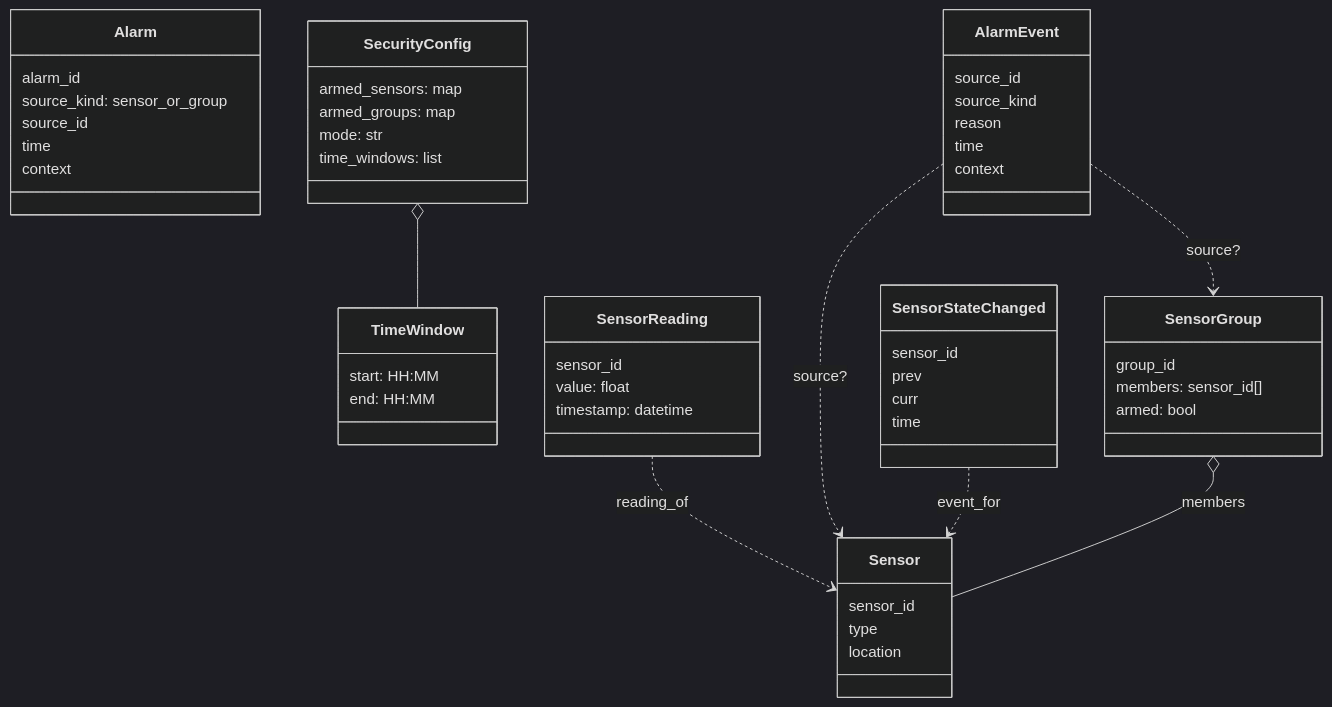
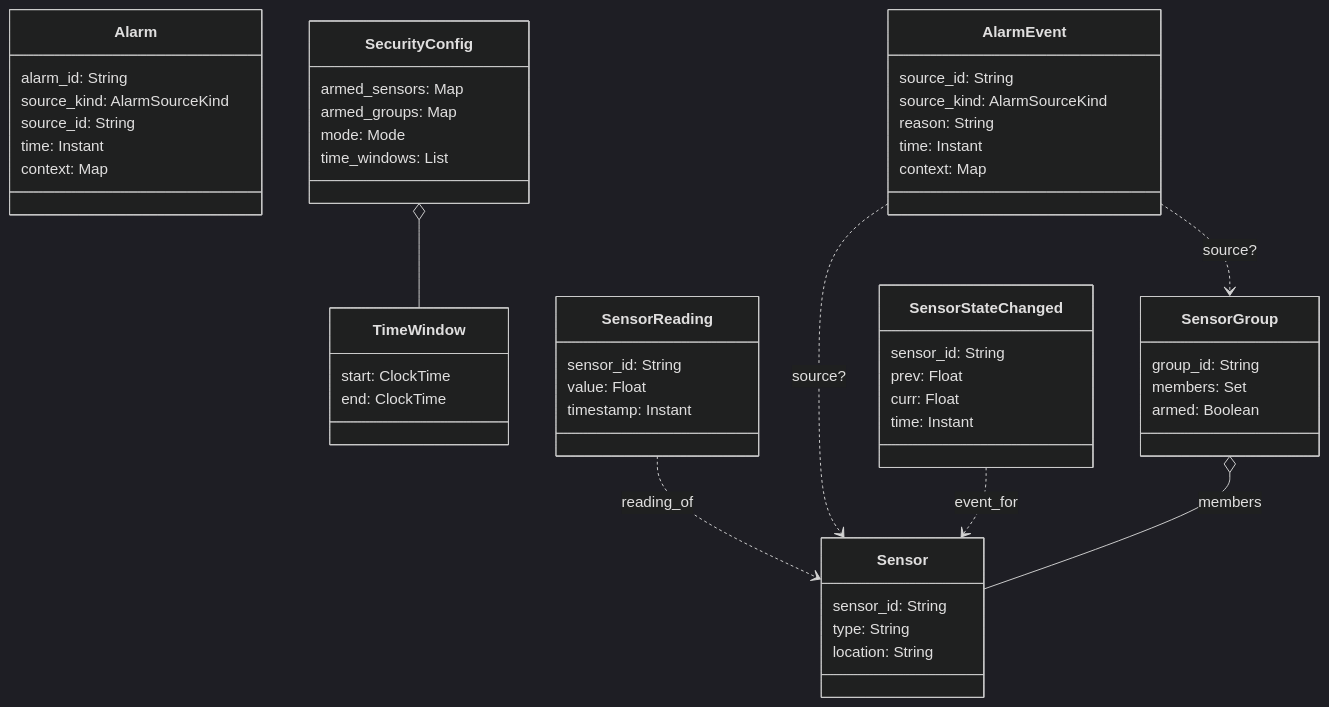
The diagram in docs/05-domain-model.md (dareno/hsec), drawn with Mermaid (dark theme) before and after one commit. The commit also changed other lines of this file and 8 other files, not shown here.

Commit message:
docs: simplify PRD with UL; add PortMap schema; add domain enums; align arch + traceability; chore: fix lint (#5)

````diff
--- a/docs/05-domain-model.md
+++ b/docs/05-domain-model.md
@@ -27,55 +44,55 @@
 ```mermaid
 classDiagram
   class Sensor {
-    sensor_id
-    type
-    location
+    sensor_id: String
+    type: String
+    location: String
   }
   class SensorGroup {
-    group_id
-    members: sensor_id[]
-    armed: bool
+    group_id: String
+    members: Set<String>
+    armed: Boolean
   }
   class Alarm {
-    alarm_id
-    source_kind: sensor_or_group
-    source_id
-    time
-    context
+    alarm_id: String
+    source_kind: AlarmSourceKind
+    source_id: String
+    time: Instant
+    context: Map<String, String>
   }
   class SensorReading {
-    sensor_id
-    value: float
-    timestamp: datetime
+    sensor_id: String
+    value: Float
+    timestamp: Instant
   }
   class SecurityConfig {
-    armed_sensors: map
-    armed_groups: map
-    mode: str
-    time_windows: list
+    armed_sensors: Map<String, Boolean>
+    armed_groups: Map<String, Boolean>
+    mode: Mode
+    time_windows: List<TimeWindow>
   }
   class TimeWindow {
-    start: HH:MM
-    end: HH:MM
+    start: ClockTime
+    end: ClockTime
   }
   class SensorStateChanged {
-    sensor_id
-    prev
-    curr
-    time
+    sensor_id: String
+    prev: Float
+    curr: Float
+    time: Instant
   }
   class AlarmEvent {
-    source_id
-    source_kind
-    reason
-    time
-    context
+    source_id: String
+    source_kind: AlarmSourceKind
+    reason: String
+    time: Instant
+    context: Map<String, String>
   }
 
   SensorGroup o-- Sensor : members
   SecurityConfig o-- TimeWindow
   SensorReading ..> Sensor : reading_of
   SensorStateChanged ..> Sensor : event_for
   AlarmEvent ..> Sensor : source?
   AlarmEvent ..> SensorGroup : source?
 ```
````
